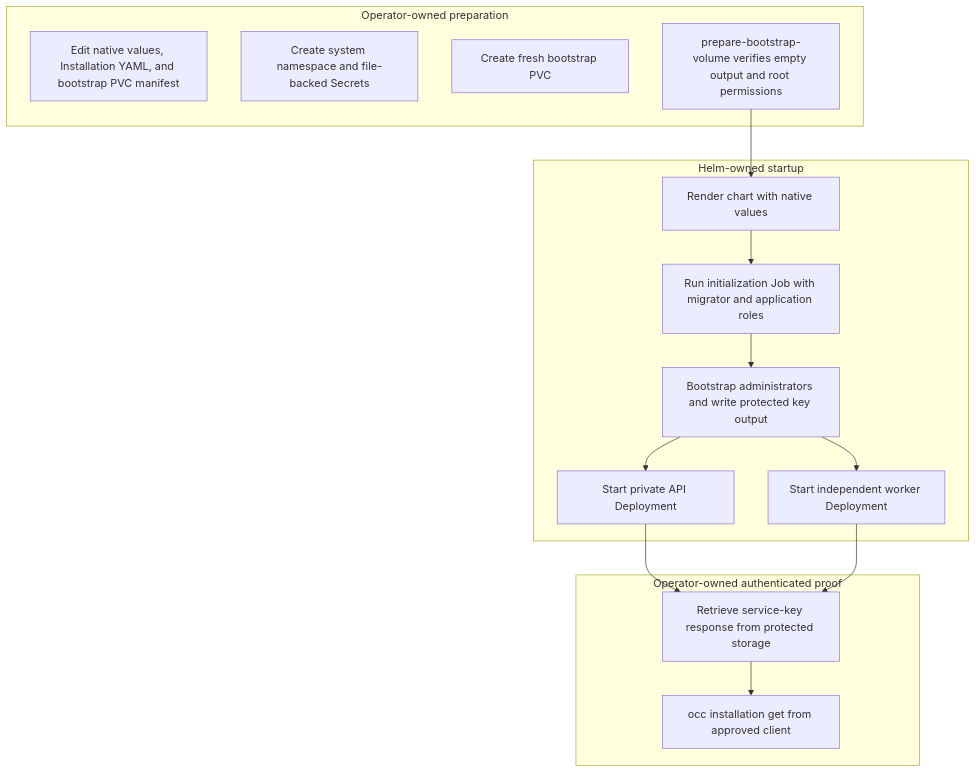
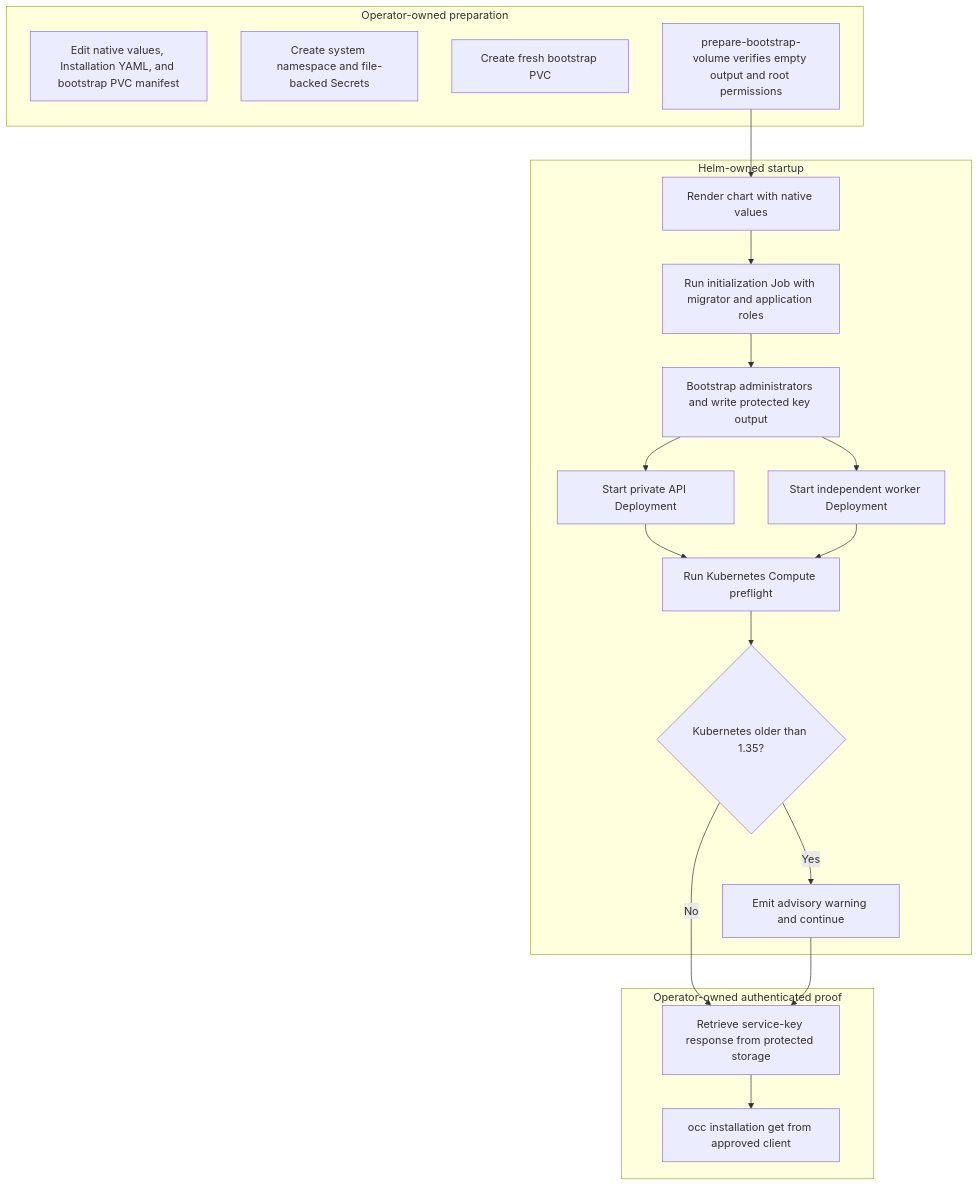
The diagram in docs/flows/production-startup.md (IsaiahStapleton/openclaw-enterprise), drawn with Mermaid before and after one commit. The commit also changed other lines of this file and 25 other files, not shown here.

````diff
--- a/docs/flows/production-startup.md
+++ b/docs/flows/production-startup.md
@@ -37,21 +37,25 @@
 ```mermaid
 graph TD
     subgraph Operator["Operator-owned preparation"]
         A["Edit native values, Installation YAML, and bootstrap PVC manifest"]
         B["Create system namespace and file-backed Secrets"]
         C["Create fresh bootstrap PVC"]
         D["prepare-bootstrap-volume verifies empty output and root permissions"]
     end
     subgraph Helm["Helm-owned startup"]
         D --> E["Render chart with native values"]
         E --> F["Run initialization Job with migrator and application roles"]
         F --> G["Bootstrap administrators and write protected key output"]
         G --> H["Start private API Deployment"]
         G --> I["Start independent worker Deployment"]
+        H --> L["Run Kubernetes Compute preflight"]
+        I --> L
+        L --> M{"Kubernetes older than 1.35?"}
+        M -->|Yes| N["Emit advisory warning and continue"]
     end
     subgraph Proof["Operator-owned authenticated proof"]
-        H --> J["Retrieve service-key response from protected storage"]
-        I --> J
+        M -->|No| J["Retrieve service-key response from protected storage"]
+        N --> J
         J --> K["occ installation get from approved client"]
     end
 ```
````
